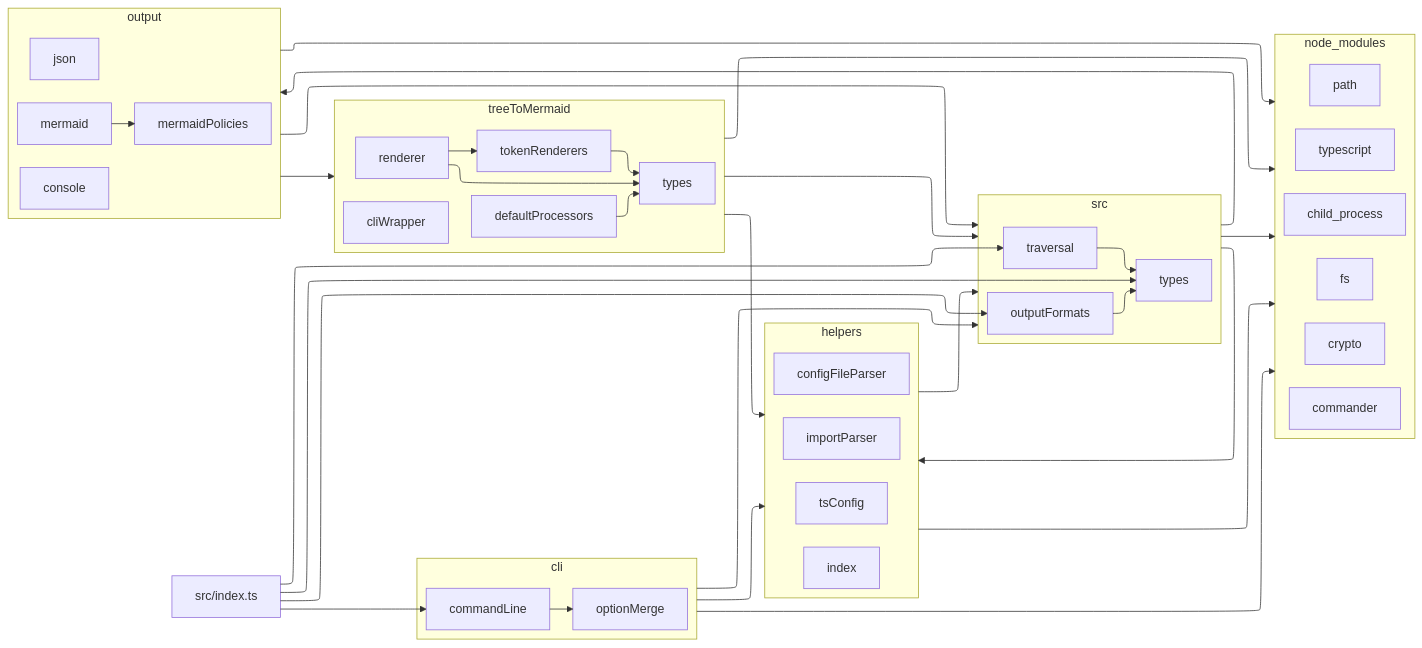
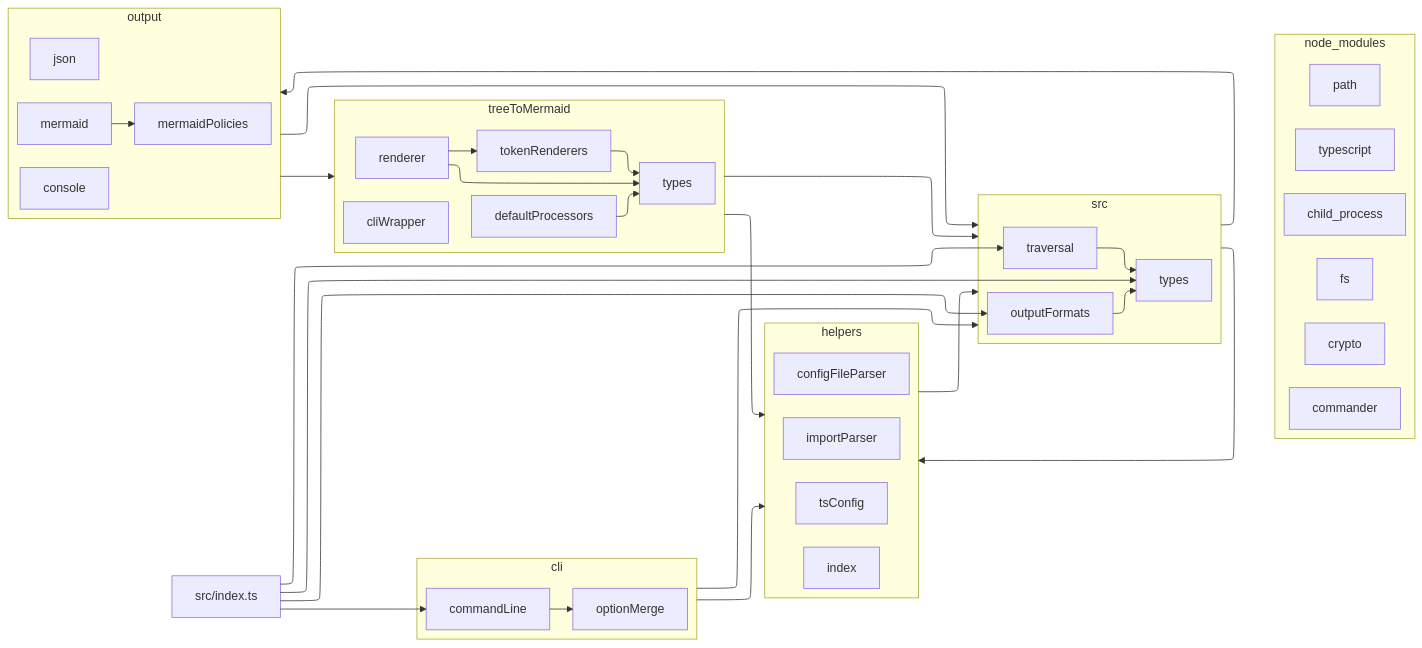
One commit to Klemeesi/ts-insp changed the diagram in docs/MermaidExample.md. Above: the diagram before and after it, drawn with Mermaid. The commit also changed 10 other files, not shown here.

````diff
--- a/docs/MermaidExample.md
+++ b/docs/MermaidExample.md
@@ -1,72 +1,72 @@
 ```mermaid
 ---
 config:
   layout: elk
   theme: default
 ---
 graph LR
 root["src/index.ts"]
 subgraph src
 97436aa4caaa9fe6c1f7fbda54bea5c5["traversal"]
 152b731d9960fa8a94d223c73a70437c["types"]
 1fe092282d1f404a83c6dfaa449427eb["outputFormats"]
 end
 subgraph node_modules
 ee253c483834accc136016fd0cfda308["typescript"]
 bc7b36fe4d2924e49800d9b3dc4a325c["fs"]
 d6fe1d0be6347b8ef2427fa629c04485["path"]
 5ae9b7f211e23aac3df5f2b8f3b8eada["crypto"]
 590e227ecebc0951e8994717b1bc8669["commander"]
 6bdd121cf07238ae4acd0de370dd13bf["child_process"]
 end
 subgraph helpers
 89368ad2b907401c75ac83d0c8f51150["importParser"]
 333f22f566da67b693a352a010116a59["tsConfig"]
 3fb28eb5baf18d345d0ad93d7e341109["configFileParser"]
 ef9f86388078e0560db65509eefba48d["index"]
 end
 subgraph cli
 6eabf6036c1cd8aaca6f56d1c8fb63e0["commandLine"]
 e414dc75f5dcbe2827116d5050a8c6fa["optionMerge"]
 end
 subgraph output
 7029e3f6954c28b14ceaef910bc2c07b["console"]
 1cdc6bd921f66f50622b5c56a23a8d72["json"]
 3c9aeb9e1a663982bf18432623f081c0["mermaid"]
 02be73a92c1e73068fee3f6a5570552a["mermaidPolicies"]
 end
 subgraph treeToMermaid
 5fc5c7f77b9094999991e4a88935bbc8["renderer"]
 ba94a21f1b99f22bcbee495161be6017["tokenRenderers"]
 43b2c294408e9aca405ff8cc04120742["types"]
 a7c2c5aebf261da9ed0ec6111e63d2d3["defaultProcessors"]
 45fc45c3c3ddc9a6a05b8fa52cbd234c["cliWrapper"]
 end
 root root_97436aa4caaa9fe6c1f7fbda54bea5c5@--> 97436aa4caaa9fe6c1f7fbda54bea5c5
-src src_node_modules@--> node_modules
+src src_node_modules@~~~ node_modules
 97436aa4caaa9fe6c1f7fbda54bea5c5 97436aa4caaa9fe6c1f7fbda54bea5c5_152b731d9960fa8a94d223c73a70437c@--> 152b731d9960fa8a94d223c73a70437c
 src src_helpers@--> helpers
-helpers helpers_node_modules@--> node_modules
+helpers helpers_node_modules@~~~ node_modules
 helpers helpers_src@--> src
 root root_6eabf6036c1cd8aaca6f56d1c8fb63e0@--> 6eabf6036c1cd8aaca6f56d1c8fb63e0
-cli cli_node_modules@--> node_modules
+cli cli_node_modules@~~~ node_modules
 cli cli_src@--> src
 cli cli_helpers@--> helpers
 6eabf6036c1cd8aaca6f56d1c8fb63e0 6eabf6036c1cd8aaca6f56d1c8fb63e0_e414dc75f5dcbe2827116d5050a8c6fa@--> e414dc75f5dcbe2827116d5050a8c6fa
 root root_152b731d9960fa8a94d223c73a70437c@--> 152b731d9960fa8a94d223c73a70437c
 root root_1fe092282d1f404a83c6dfaa449427eb@--> 1fe092282d1f404a83c6dfaa449427eb
 1fe092282d1f404a83c6dfaa449427eb 1fe092282d1f404a83c6dfaa449427eb_152b731d9960fa8a94d223c73a70437c@--> 152b731d9960fa8a94d223c73a70437c
 src src_output@--> output
 output output_src@--> src
-output output_node_modules@--> node_modules
+output output_node_modules@~~~ node_modules
 output output_treeToMermaid@--> treeToMermaid
 treeToMermaid treeToMermaid_helpers@--> helpers
 5fc5c7f77b9094999991e4a88935bbc8 5fc5c7f77b9094999991e4a88935bbc8_ba94a21f1b99f22bcbee495161be6017@--> ba94a21f1b99f22bcbee495161be6017
 ba94a21f1b99f22bcbee495161be6017 ba94a21f1b99f22bcbee495161be6017_43b2c294408e9aca405ff8cc04120742@--> 43b2c294408e9aca405ff8cc04120742
 5fc5c7f77b9094999991e4a88935bbc8 5fc5c7f77b9094999991e4a88935bbc8_43b2c294408e9aca405ff8cc04120742@--> 43b2c294408e9aca405ff8cc04120742
 treeToMermaid treeToMermaid_src@--> src
 a7c2c5aebf261da9ed0ec6111e63d2d3 a7c2c5aebf261da9ed0ec6111e63d2d3_43b2c294408e9aca405ff8cc04120742@--> 43b2c294408e9aca405ff8cc04120742
-treeToMermaid treeToMermaid_node_modules@--> node_modules
+treeToMermaid treeToMermaid_node_modules@~~~ node_modules
 3c9aeb9e1a663982bf18432623f081c0 3c9aeb9e1a663982bf18432623f081c0_02be73a92c1e73068fee3f6a5570552a@--> 02be73a92c1e73068fee3f6a5570552a
 
 ```
````
